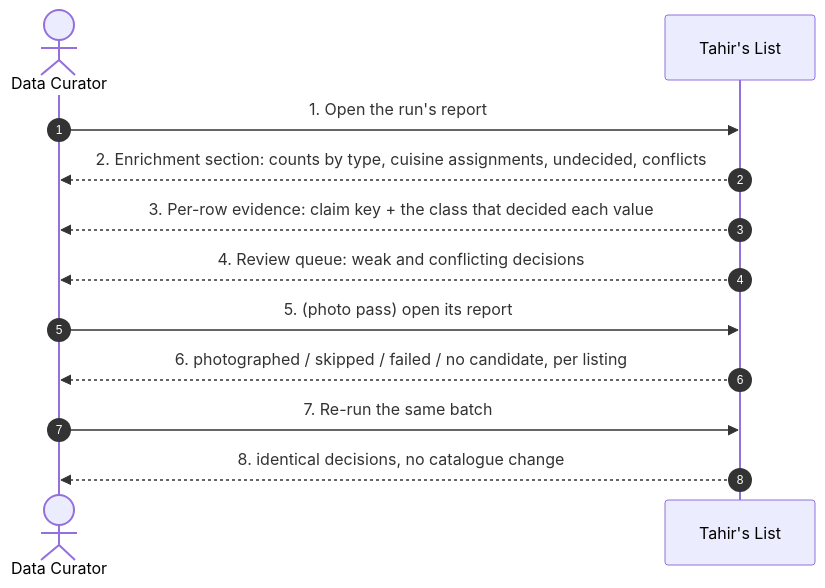
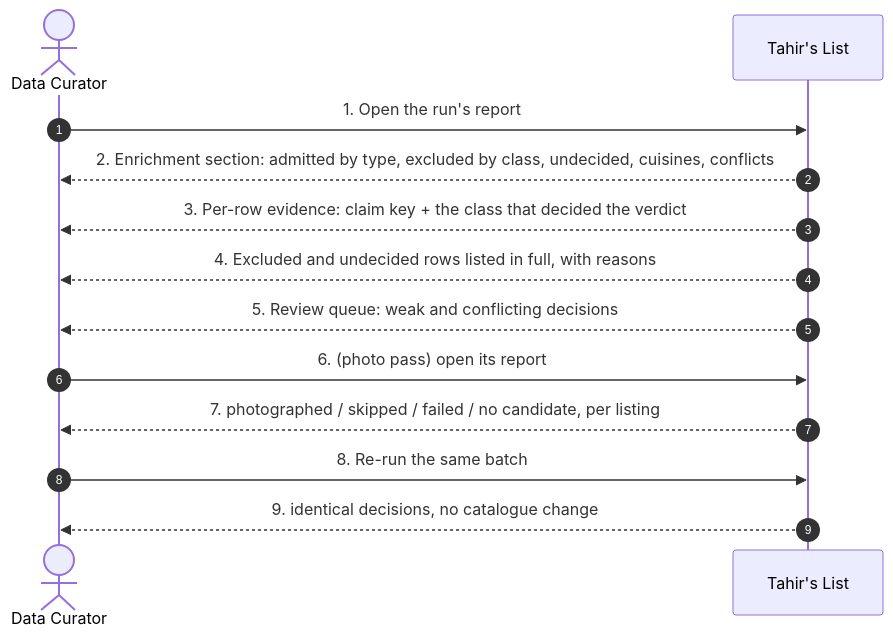
Before and after one commit to Losers-Lab/tahirs-list: the first of 6 diagrams in docs/features/SC-231/04-blackbox/UC-04-review-enrichment.md, drawn with Mermaid. The commit also changed other lines of this file and 13 other files, not shown here.

````diff
--- a/docs/features/SC-231/04-blackbox/UC-04-review-enrichment.md
+++ b/docs/features/SC-231/04-blackbox/UC-04-review-enrichment.md
@@ -6,14 +6,15 @@
 ```mermaid
 sequenceDiagram
   autonumber
   actor DC as Data Curator
   participant TL as Tahir's List
   DC->>TL: 1. Open the run's report
-  TL-->>DC: 2. Enrichment section: counts by type, cuisine assignments, undecided, conflicts
-  TL-->>DC: 3. Per-row evidence: claim key + the class that decided each value
-  TL-->>DC: 4. Review queue: weak and conflicting decisions
-  DC->>TL: 5. (photo pass) open its report
-  TL-->>DC: 6. photographed / skipped / failed / no candidate, per listing
-  DC->>TL: 7. Re-run the same batch
-  TL-->>DC: 8. identical decisions, no catalogue change
+  TL-->>DC: 2. Enrichment section: admitted by type, excluded by class, undecided, cuisines, conflicts
+  TL-->>DC: 3. Per-row evidence: claim key + the class that decided the verdict
+  TL-->>DC: 4. Excluded and undecided rows listed in full, with reasons
+  TL-->>DC: 5. Review queue: weak and conflicting decisions
+  DC->>TL: 6. (photo pass) open its report
+  TL-->>DC: 7. photographed / skipped / failed / no candidate, per listing
+  DC->>TL: 8. Re-run the same batch
+  TL-->>DC: 9. identical decisions, no catalogue change
 ```
````
